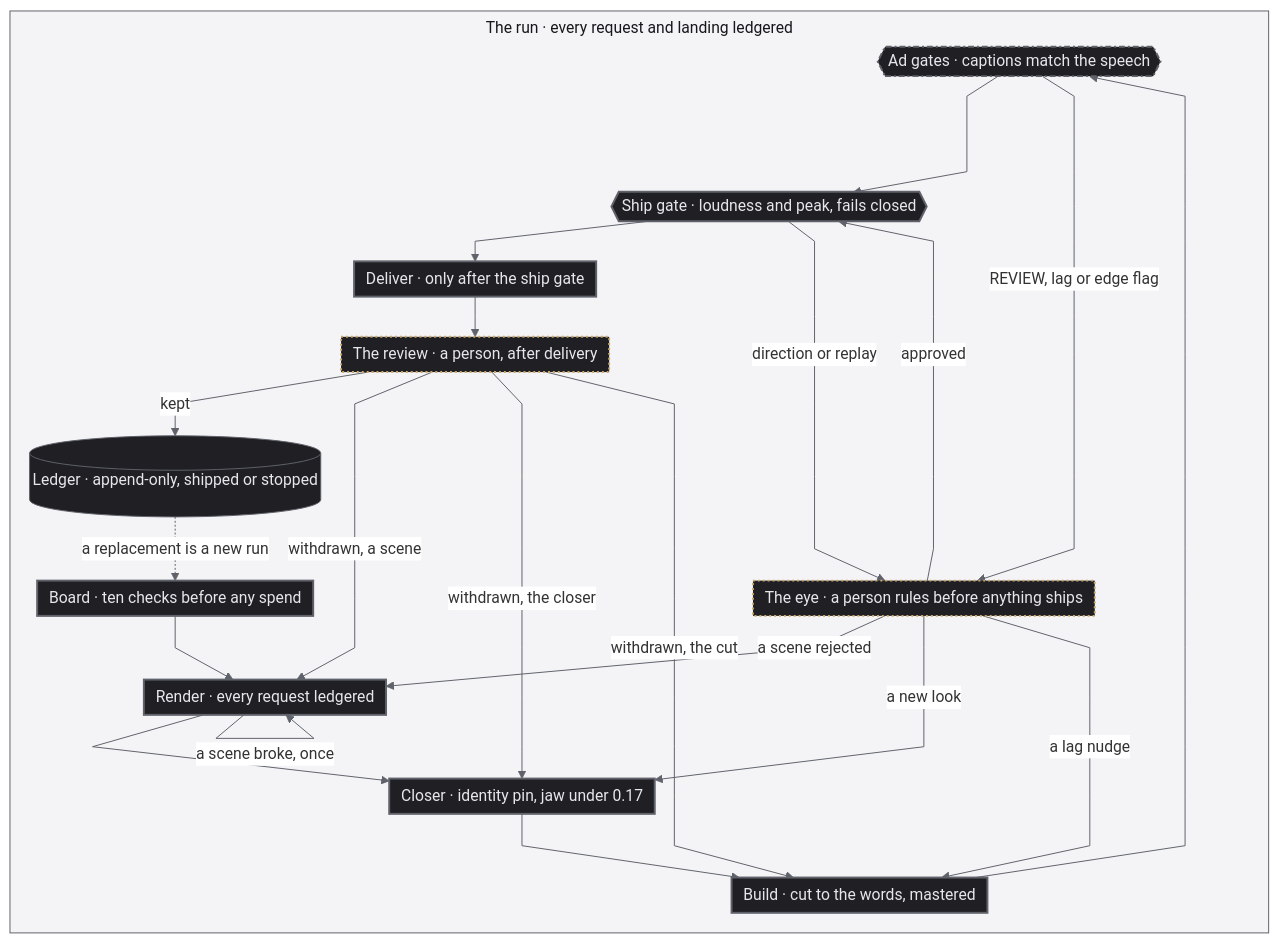
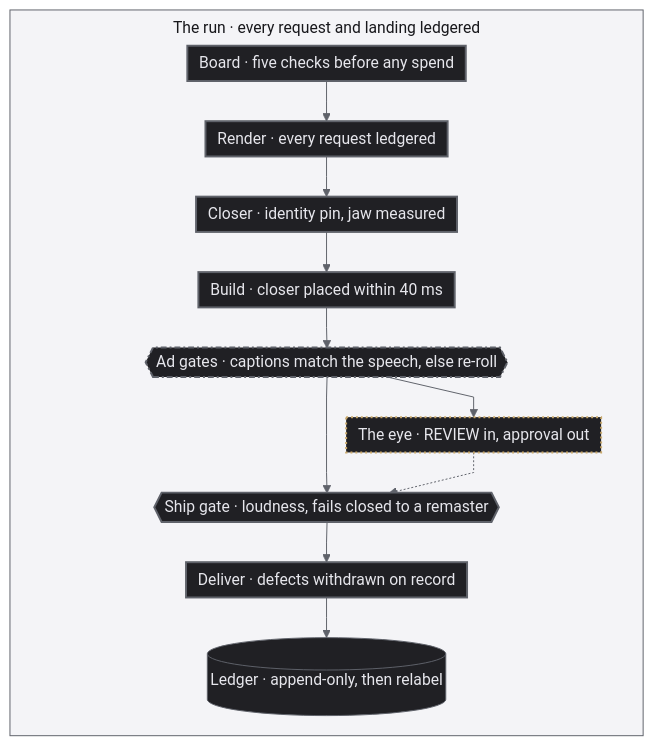
Before and after one commit to jameswniu/autonomous-ads-pipeline-multimodal-evals: the diagram in README.md, drawn with Mermaid. The commit also changed other lines of this file and 106 other files, not shown here.

````diff
--- a/README.md
+++ b/README.md
@@ -170,40 +354,30 @@
 ```mermaid
 %%{init: {'flowchart': {'curve': 'linear', 'nodeSpacing': 20, 'rankSpacing': 16, 'padding': 6, 'diagramPadding': 2, 'wrappingWidth': 520, 'subGraphTitleMargin': {'top': 6, 'bottom': 10}}, 'themeVariables': {'fontSize': '16px', 'lineColor': '#5f626a', 'edgeLabelBackground': '#ffffff', 'clusterBkg': '#f4f4f7', 'clusterBorder': '#5f626a', 'titleColor': '#18181c'}}}%%
 flowchart TD
     subgraph RUN["The run · every request and landing ledgered"]
         direction TB
-        ad_gates{{"Ad gates · captions match the speech"}}
+        AG{{"Ad gates · captions match the speech, else re-roll"}}
         %% GH is an invisible twin of the eye, it balances the spine so the steps stay in one column
-        ad_gates ~~~ GH["The eye · a person rules before anything ships"]
-        GH ~~~ ship_gate
-        board["Board · ten checks before any spend"] --> render["Render · every request ledgered"] --> closer["Closer · identity pin, jaw under 0.17"] --> build["Build · cut to the words, mastered"] --> ad_gates --> ship_gate{{"Ship gate · loudness and peak, fails closed"}} --> deliver["Deliver · only after the ship gate"]
-        deliver --> review["The review · a person, after delivery"]
-        review -->|"kept"| ledger[("Ledger · append-only, shipped or stopped")]
-        render -->|"a scene broke, once"| render
-        ad_gates -->|"REVIEW, lag or edge flag"| eye["The eye · a person rules before anything ships"]
-        eye -->|"approved"| ship_gate
-        eye -->|"a scene rejected"| render
-        eye -->|"a new look"| closer
-        eye -->|"a lag nudge"| build
-        ship_gate -->|"direction or replay"| eye
-        review -->|"withdrawn, a scene"| render
-        review -->|"withdrawn, the closer"| closer
-        review -->|"withdrawn, the cut"| build
-        ledger -.->|"a replacement is a new run"| board
+        AG ~~~ GH["The eye · REVIEW in, approval out"]
+        GH ~~~ SG
+        B["Board · five checks before any spend"] --> R["Render · every request ledgered"] --> C["Closer · identity pin, jaw measured"] --> BU["Build · closer placed within 40 ms"] --> AG --> SG{{"Ship gate · loudness, fails closed to a remaster"}} --> D["Deliver · defects withdrawn on record"]
+        D --> L[("Ledger · append-only, then relabel")]
+        AG --> EYE["The eye · REVIEW in, approval out"]
+        EYE -.-> SG
     end
 
     classDef run fill:#202024,stroke:#5f626a,color:#e6e6ec
     classDef process fill:#202024,stroke:#5f626a,stroke-width:2px,color:#e6e6ec
     classDef outcome fill:#202024,stroke:#5f626a,stroke-width:2px,stroke-dasharray:6 3,color:#e6e6ec
     classDef quality fill:#202024,stroke:#c9a86a,stroke-width:2px,stroke-dasharray:2 3,color:#e6e6ec
     classDef shared fill:#202024,stroke:#5f626a,stroke-width:2px,stroke-dasharray:6 3 2 3,color:#e6e6ec
     classDef ghost fill:none,stroke:none,color:transparent
-    class ledger run
-    class board,render,closer,build,ship_gate,deliver process
-    class ad_gates outcome
-    class ad_gates quality
-    class ad_gates shared
-    class eye,review quality
+    class L run
+    class B,R,C,BU,SG,D process
+    class AG outcome
+    class AG quality
+    class AG shared
+    class EYE quality
     class GH ghost
     style RUN fill:#f4f4f7,stroke:#5f626a,color:#18181c
 ```
````
